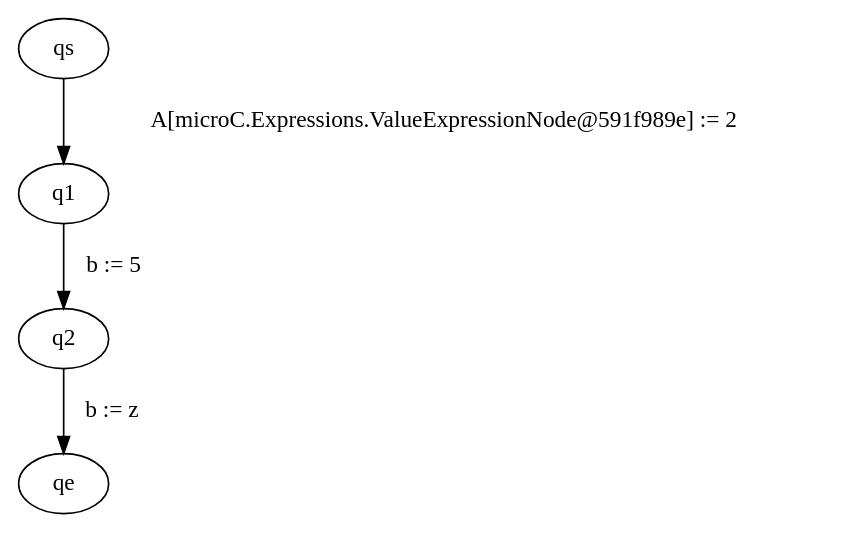
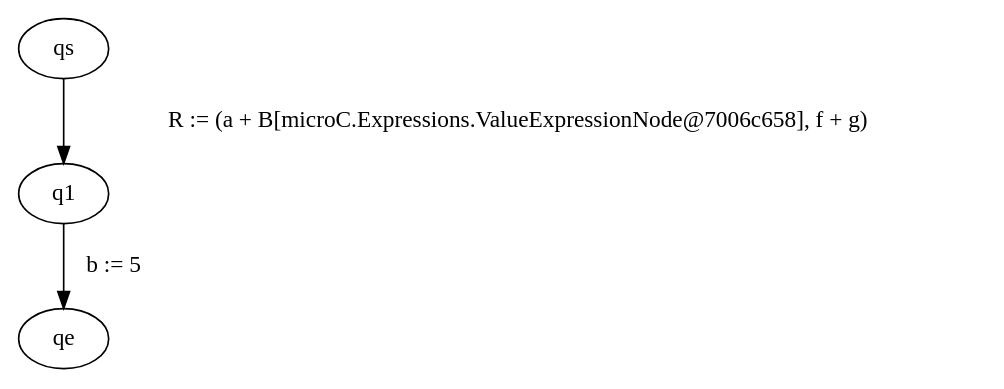
One commit to FloKes/ProgramAnalysis changed the diagram in src/main/java/graphviz/input.dot. Above: the diagram before and after it, drawn with Graphviz. The commit also changed 8 other files, not shown here.

```diff
--- a/src/main/java/graphviz/input.dot
+++ b/src/main/java/graphviz/input.dot
@@ -1,5 +1,4 @@
 digraph ProgramGraph{
-"qs" -> "q1" [label="  A[microC.Expressions.ValueExpressionNode@591f989e] := 2   "] 
-"q1" -> "q2" [label="  b := 5   "] 
-"q2" -> "qe" [label="  b := z   "] 
+"qs" -> "q1" [label="  R := (a + B[microC.Expressions.ValueExpressionNode@7006c658], f + g)   "] 
+"q1" -> "qe" [label="  b := 5   "] 
 }
```
